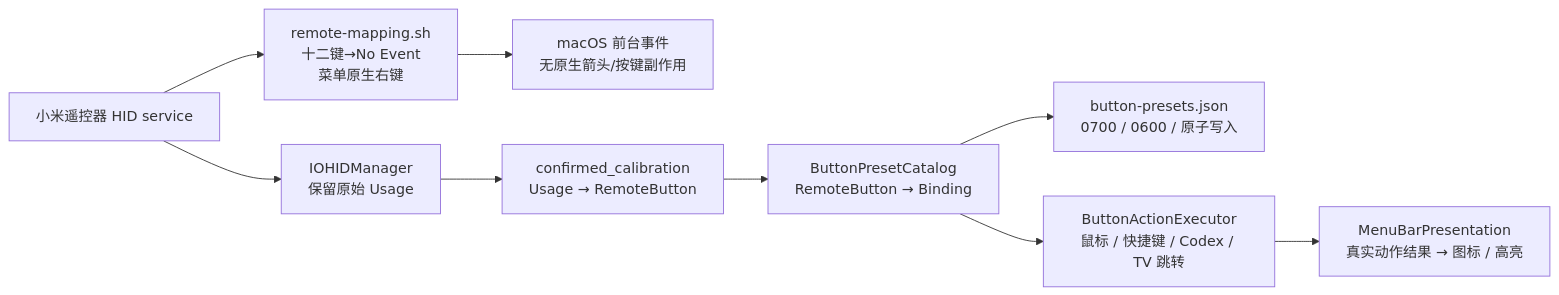
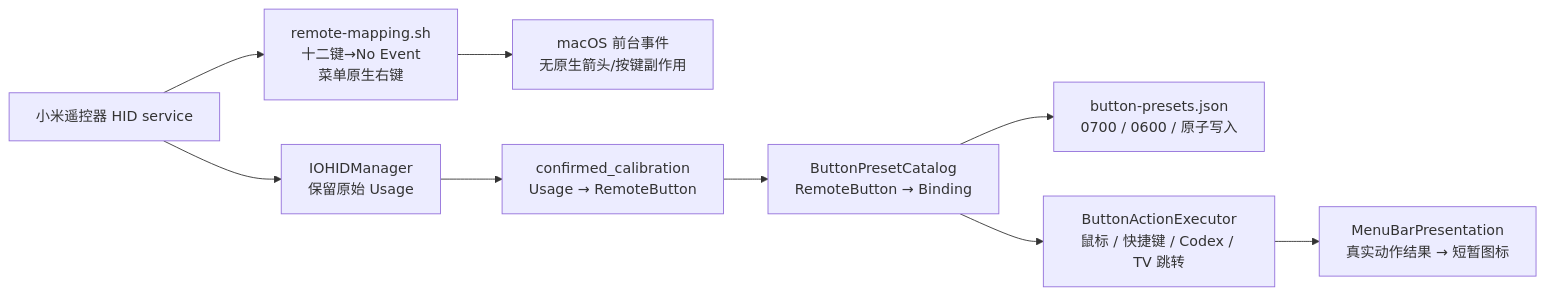
The diagram in docs/ARCHITECTURE.md (fanxeon/mi-ao), drawn with Mermaid before and after one commit. The commit also changed other lines of this file and 36 other files, not shown here.

````diff
--- a/docs/ARCHITECTURE.md
+++ b/docs/ARCHITECTURE.md
@@ -21,11 +21,11 @@
 ```mermaid
 flowchart LR
     REMOTE["小米遥控器 HID service"] --> HID["IOHIDManager<br/>保留原始 Usage"]
     REMOTE --> NEUTRAL["remote-mapping.sh<br/>十二键→No Event<br/>菜单原生右键"]
     NEUTRAL --> MACOS["macOS 前台事件<br/>无原生箭头/按键副作用"]
     HID --> CAL["confirmed_calibration<br/>Usage → RemoteButton"]
     CAL --> PRESET["ButtonPresetCatalog<br/>RemoteButton → Binding"]
     PRESET --> STORE["button-presets.json<br/>0700 / 0600 / 原子写入"]
     PRESET --> EXECUTOR["ButtonActionExecutor<br/>鼠标 / 快捷键 / Codex / TV 跳转"]
-    EXECUTOR --> FEEDBACK["MenuBarPresentation<br/>真实动作结果 → 图标 / 高亮"]
+    EXECUTOR --> FEEDBACK["MenuBarPresentation<br/>真实动作结果 → 短暂图标"]
 ```
````
